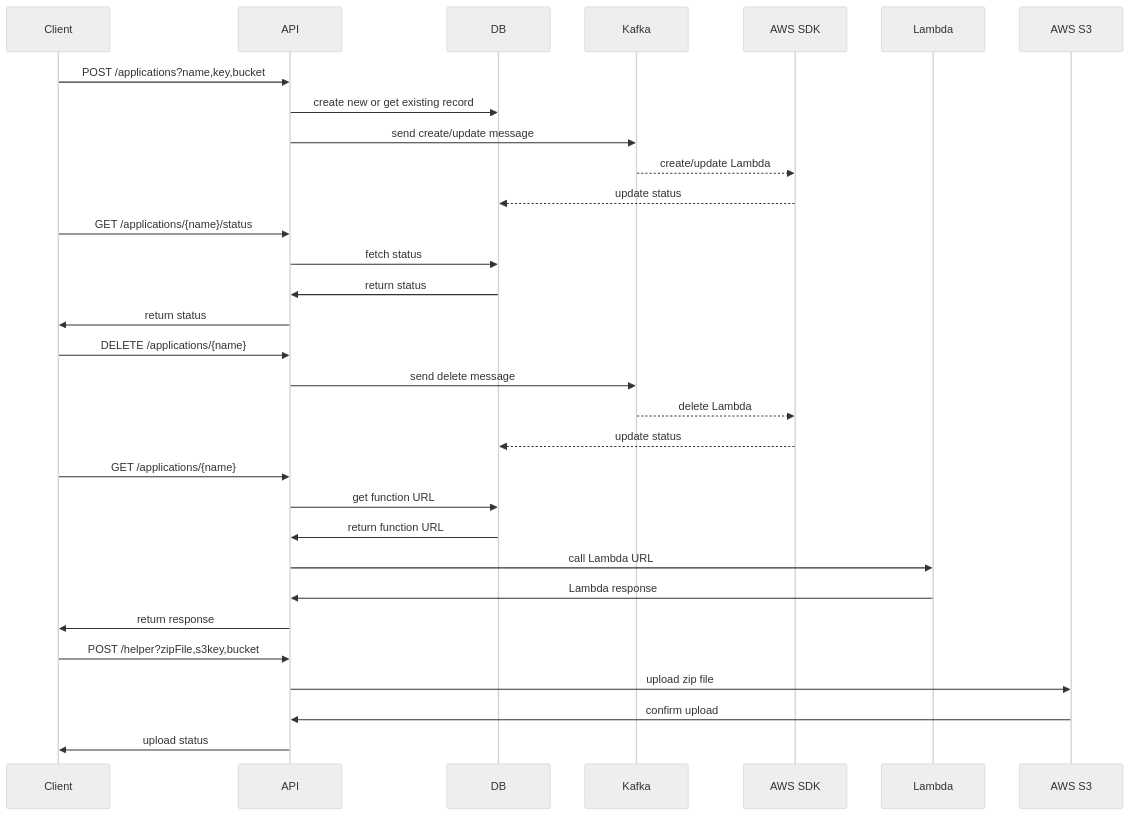
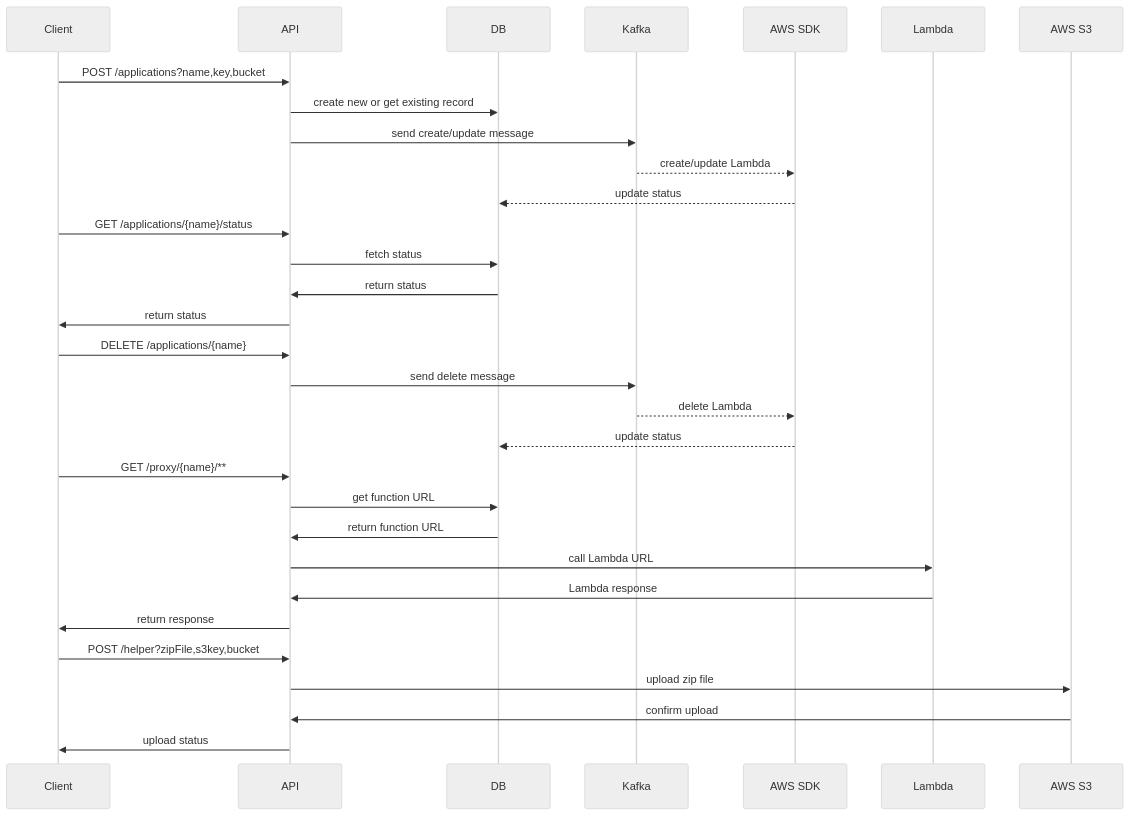
Before and after one commit to sergei-vorobev-personal/deploymentmanager: the first of 2 diagrams in README.md, drawn with Mermaid (neutral theme).

````diff
--- a/README.md
+++ b/README.md
@@ -13,37 +13,37 @@
 ```mermaid
 sequenceDiagram
   participant Client
   participant API
   participant DB
   participant Kafka
   participant AwsSDK as AWS SDK
   participant Lambda
 %% 1) Create or update application
   Client ->> API: POST /applications?name,key,bucket
   API ->> DB: create new or get existing record
   API ->> Kafka: send create/update message
   Kafka -->> AwsSDK: create/update Lambda
   AwsSDK -->> DB: update status
 %% 2) Get application status
   Client ->> API: GET /applications/{name}/status
   API ->> DB: fetch status
   DB ->> API: return status
   API ->> Client: return status
 %% 3) Delete application
   Client ->> API: DELETE /applications/{name}
   API ->> Kafka: send delete message
   Kafka -->> AwsSDK: delete Lambda
   AwsSDK -->> DB: update status
 %% 4) Invoke Lambda via API URL
-  Client ->> API: GET /applications/{name}
+  Client ->> API: GET /proxy/{name}/**
   API ->> DB: get function URL
   DB ->> API: return function URL
   API ->> Lambda: call Lambda URL
   Lambda ->> API: Lambda response
   API ->> Client: return response
 %% 5) Upload helper
   Client ->> API: POST /helper?zipFile,s3key,bucket
   API ->> AWS S3: upload zip file
   AWS S3 ->> API: confirm upload
   API ->> Client: upload status
 ```
````
